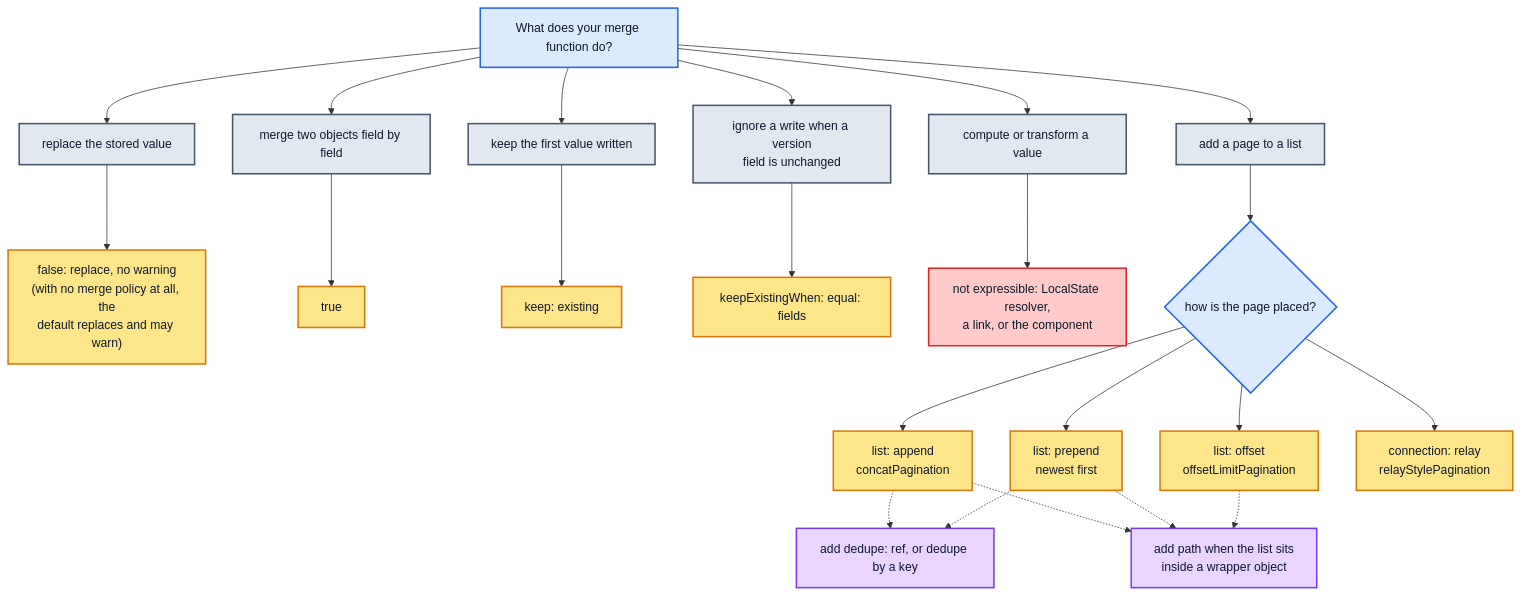
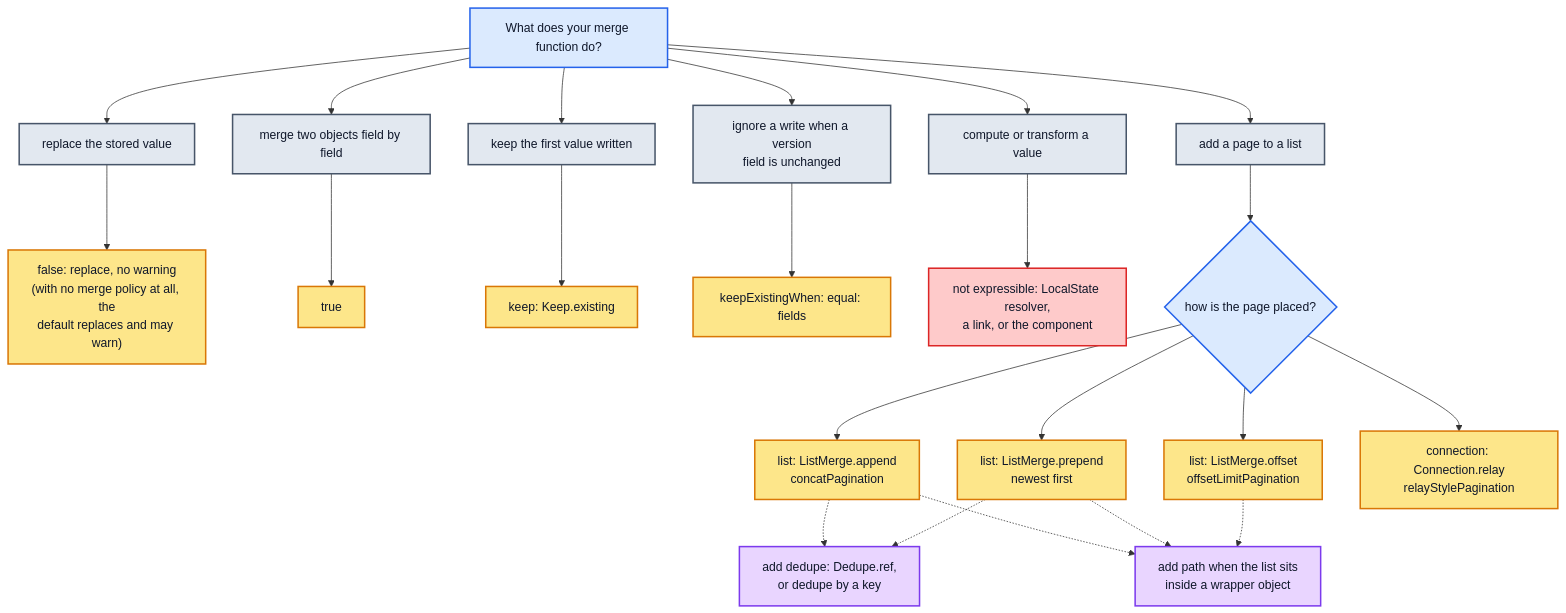
The fourth of 22 diagrams in docs/rfc/0001-inmemorycachers-architecture/03-design-in-depth.md (convict-git/fast-gql-cache-rs), drawn with Mermaid before and after one commit. The commit also changed other lines of this file and 10 other files, not shown here.

````diff
--- a/docs/rfc/0001-inmemorycachers-architecture/03-design-in-depth.md
+++ b/docs/rfc/0001-inmemorycachers-architecture/03-design-in-depth.md
@@ -284,40 +287,40 @@
 ```mermaid
 flowchart TB
     Q["What does your merge function do?"]:::api
     R1["replace the stored value"]:::ext
     R2["merge two objects field by field"]:::ext
     R3["add a page to a list"]:::ext
     R4["keep the first value written"]:::ext
     R5["ignore a write when a version<br/>field is unchanged"]:::ext
     R6["compute or transform a value"]:::ext
 
     D1["false: replace, no warning<br/>(with no merge policy at all, the<br/>default replaces and may warn)"]:::write
     D2["true"]:::write
-    D4["keep: existing"]:::write
+    D4["keep: Keep.existing"]:::write
     D5["keepExistingWhen: equal: fields"]:::write
     D6["not expressible: LocalState resolver,<br/>a link, or the component"]:::dirty
 
     P1{"how is the page placed?"}:::api
-    L1["list: append<br/>concatPagination"]:::write
-    L2["list: prepend<br/>newest first"]:::write
-    L3["list: offset<br/>offsetLimitPagination"]:::write
-    L4["connection: relay<br/>relayStylePagination"]:::write
-    X1["add dedupe: ref, or dedupe by a key"]:::memo
+    L1["list: ListMerge.append<br/>concatPagination"]:::write
+    L2["list: ListMerge.prepend<br/>newest first"]:::write
+    L3["list: ListMerge.offset<br/>offsetLimitPagination"]:::write
+    L4["connection: Connection.relay<br/>relayStylePagination"]:::write
+    X1["add dedupe: Dedupe.ref,<br/>or dedupe by a key"]:::memo
     X2["add path when the list sits<br/>inside a wrapper object"]:::memo
 
     Q --> R1 --> D1
     Q --> R2 --> D2
     Q --> R3 --> P1
     Q --> R4 --> D4
     Q --> R5 --> D5
     Q --> R6 --> D6
     P1 --> L1 & L2 & L3 & L4
     L1 & L2 -.-> X1
     L1 & L2 & L3 -.-> X2
 
     classDef api fill:#dbeafe,stroke:#2563eb,stroke-width:2px,color:#0f172a
     classDef write fill:#fde68a,stroke:#d97706,stroke-width:2px,color:#0f172a
     classDef memo fill:#e9d5ff,stroke:#7c3aed,stroke-width:2px,color:#0f172a
     classDef dirty fill:#fecaca,stroke:#dc2626,stroke-width:2px,color:#0f172a
     classDef ext fill:#e2e8f0,stroke:#475569,stroke-width:2px,color:#0f172a
 ```
````
